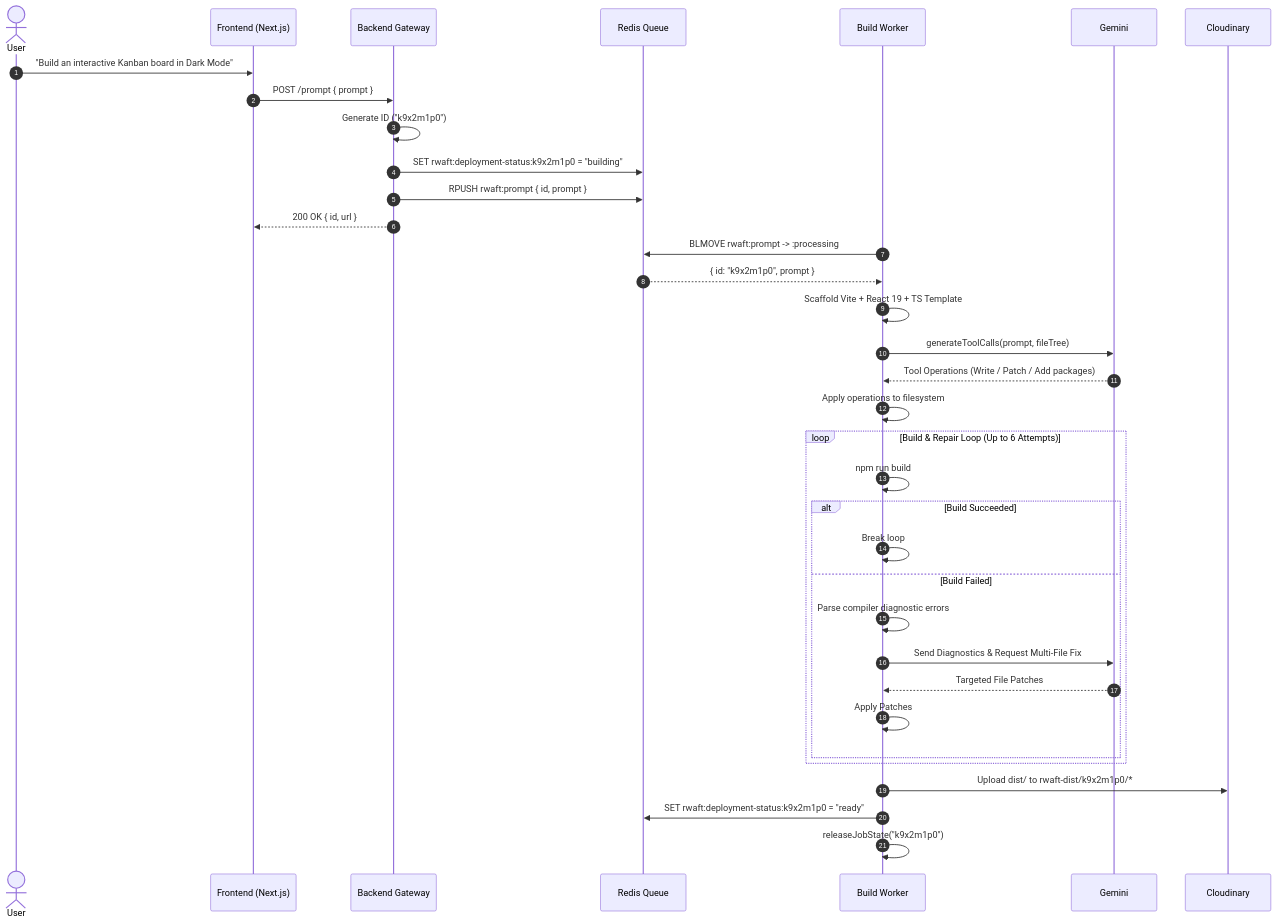
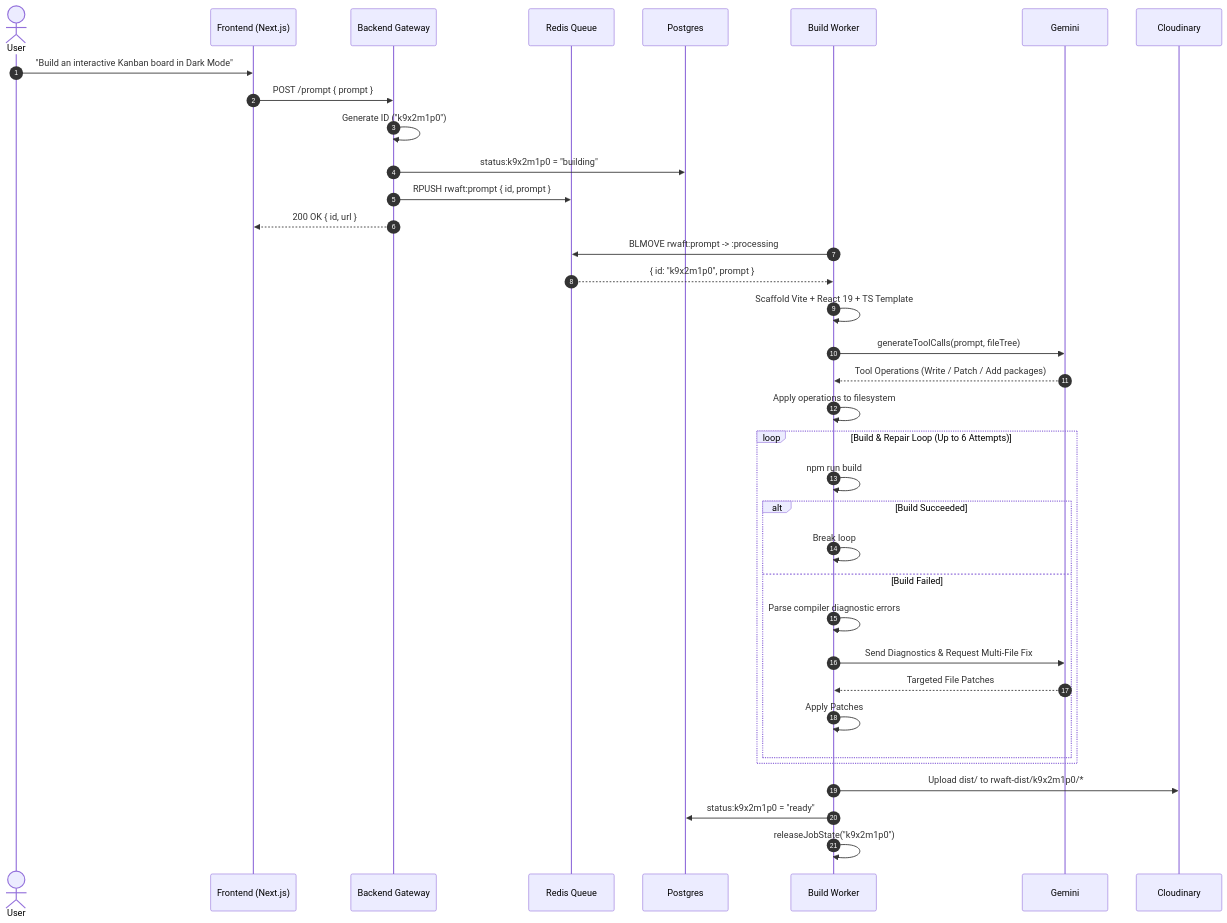
Before and after one commit to nios-x/rwaft: the third of 4 diagrams in README.md, drawn with Mermaid. The commit also changed other lines of this file and 26 other files, not shown here.

````diff
--- a/README.md
+++ b/README.md
@@ -213,41 +214,42 @@
 ```mermaid
 sequenceDiagram
     autonumber
     actor Developer as User
     participant Front as Frontend (Next.js)
     participant API as Backend Gateway
     participant Redis as Redis Queue
+    participant DB as Postgres
     participant Worker as Build Worker
     participant AI as Gemini
     participant Cloud as Cloudinary
 
     Developer->>Front: "Build an interactive Kanban board in Dark Mode"
     Front->>API: POST /prompt { prompt }
     API->>API: Generate ID ("k9x2m1p0")
-    API->>Redis: SET rwaft:deployment-status:k9x2m1p0 = "building"
+    API->>DB: status:k9x2m1p0 = "building"
     API->>Redis: RPUSH rwaft:prompt { id, prompt }
     API-->>Front: 200 OK { id, url }
 
     Worker->>Redis: BLMOVE rwaft:prompt -> :processing
     Redis-->>Worker: { id: "k9x2m1p0", prompt }
     Worker->>Worker: Scaffold Vite + React 19 + TS Template
     Worker->>AI: generateToolCalls(prompt, fileTree)
     AI-->>Worker: Tool Operations (Write / Patch / Add packages)
     Worker->>Worker: Apply operations to filesystem
 
     loop Build & Repair Loop (Up to 6 Attempts)
         Worker->>Worker: npm run build
         alt Build Succeeded
             Worker->>Worker: Break loop
         else Build Failed
             Worker->>Worker: Parse compiler diagnostic errors
             Worker->>AI: Send Diagnostics & Request Multi-File Fix
             AI-->>Worker: Targeted File Patches
             Worker->>Worker: Apply Patches
         end
     end
 
     Worker->>Cloud: Upload dist/ to rwaft-dist/k9x2m1p0/*
-    Worker->>Redis: SET rwaft:deployment-status:k9x2m1p0 = "ready"
+    Worker->>DB: status:k9x2m1p0 = "ready"
     Worker->>Worker: releaseJobState("k9x2m1p0")
 ```
````
